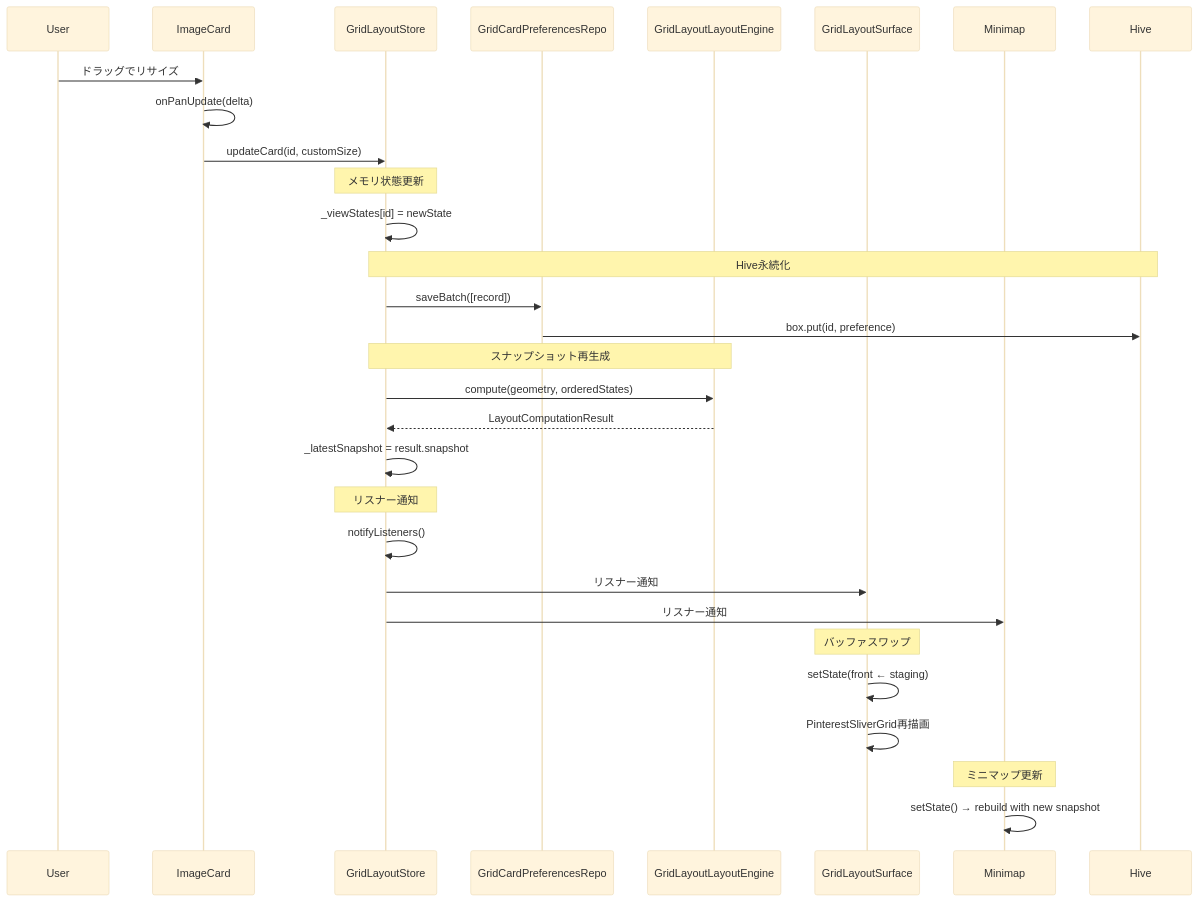
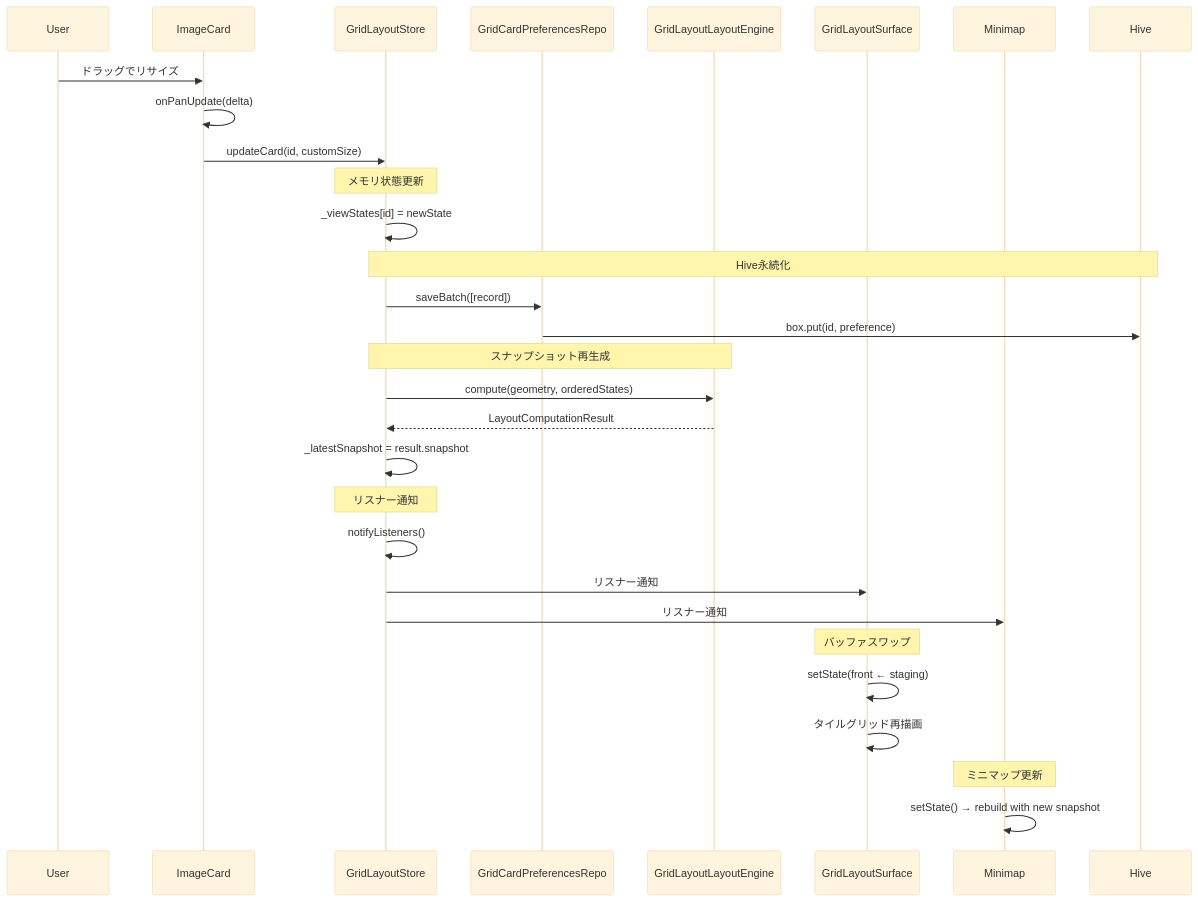
Before and after one commit to lietsee/clip-pix: the sixth of 11 diagrams in docs/architecture/data_flow.md, drawn with Mermaid (base theme). The commit also changed 12 other files, not shown here.

````diff
--- a/docs/architecture/data_flow.md
+++ b/docs/architecture/data_flow.md
@@ -211,39 +211,39 @@
 ```mermaid
 sequenceDiagram
     participant User
     participant IC as ImageCard
     participant GLS as GridLayoutStore
     participant GCPR as GridCardPreferencesRepo
     participant Engine as GridLayoutLayoutEngine
     participant Surface as GridLayoutSurface
     participant Minimap as Minimap
     participant Hive
 
     User->>IC: ドラッグでリサイズ
     IC->>IC: onPanUpdate(delta)
     IC->>GLS: updateCard(id, customSize)
 
     Note over GLS: メモリ状態更新
     GLS->>GLS: _viewStates[id] = newState
 
     Note over GLS,Hive: Hive永続化
     GLS->>GCPR: saveBatch([record])
     GCPR->>Hive: box.put(id, preference)
 
     Note over GLS,Engine: スナップショット再生成
     GLS->>Engine: compute(geometry, orderedStates)
     Engine-->>GLS: LayoutComputationResult
     GLS->>GLS: _latestSnapshot = result.snapshot
 
     Note over GLS: リスナー通知
     GLS->>GLS: notifyListeners()
     GLS->>Surface: リスナー通知
     GLS->>Minimap: リスナー通知
 
     Note over Surface: バッファスワップ
     Surface->>Surface: setState(front ← staging)
-    Surface->>Surface: PinterestSliverGrid再描画
+    Surface->>Surface: タイルグリッド再描画
 
     Note over Minimap: ミニマップ更新
     Minimap->>Minimap: setState() → rebuild with new snapshot
 ```
````
